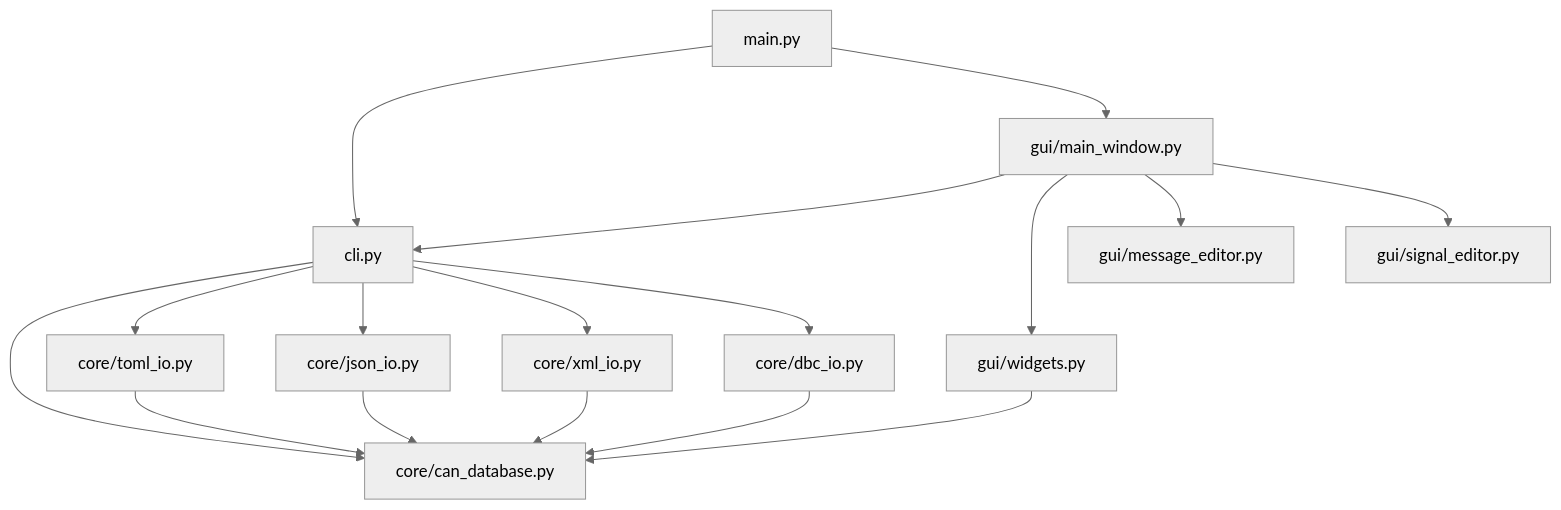
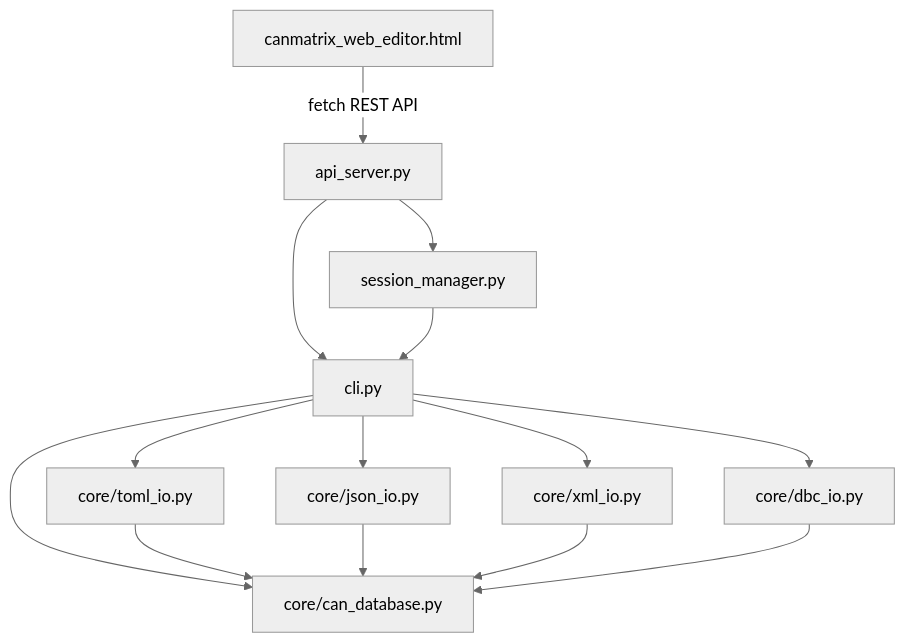
The eighth of 8 diagrams in canmatrix_editor_design_doc.md (czj2441/CanDbCodeGenerator), drawn with Mermaid (neutral theme) before and after one commit. The commit also changed other lines of this file and 24 other files, not shown here.

````diff
--- a/canmatrix_editor_design_doc.md
+++ b/canmatrix_editor_design_doc.md
@@ -1183,23 +1233,20 @@
 ```mermaid
 graph TD
-    main_py[main.py] --> cli_py[cli.py]
-    main_py --> gui_main[gui/main_window.py]
+    html[canmatrix_web_editor.html] -->|fetch REST API| api_server[api_server.py]
+
+    api_server --> session_mgr[session_manager.py]
+    api_server --> cli_py[cli.py]
+
+    session_mgr --> cli_py
 
     cli_py --> core_can[core/can_database.py]
     cli_py --> core_toml[core/toml_io.py]
     cli_py --> core_json[core/json_io.py]
     cli_py --> core_xml[core/xml_io.py]
     cli_py --> core_dbc[core/dbc_io.py]
 
-    gui_main --> cli_py
-    gui_main --> gui_widgets[gui/widgets.py]
-    gui_main --> gui_msg[gui/message_editor.py]
-    gui_main --> gui_sig[gui/signal_editor.py]
-
-    gui_widgets --> core_can
-
     core_toml --> core_can
     core_json --> core_can
     core_xml --> core_can
     core_dbc --> core_can
 ```
````
